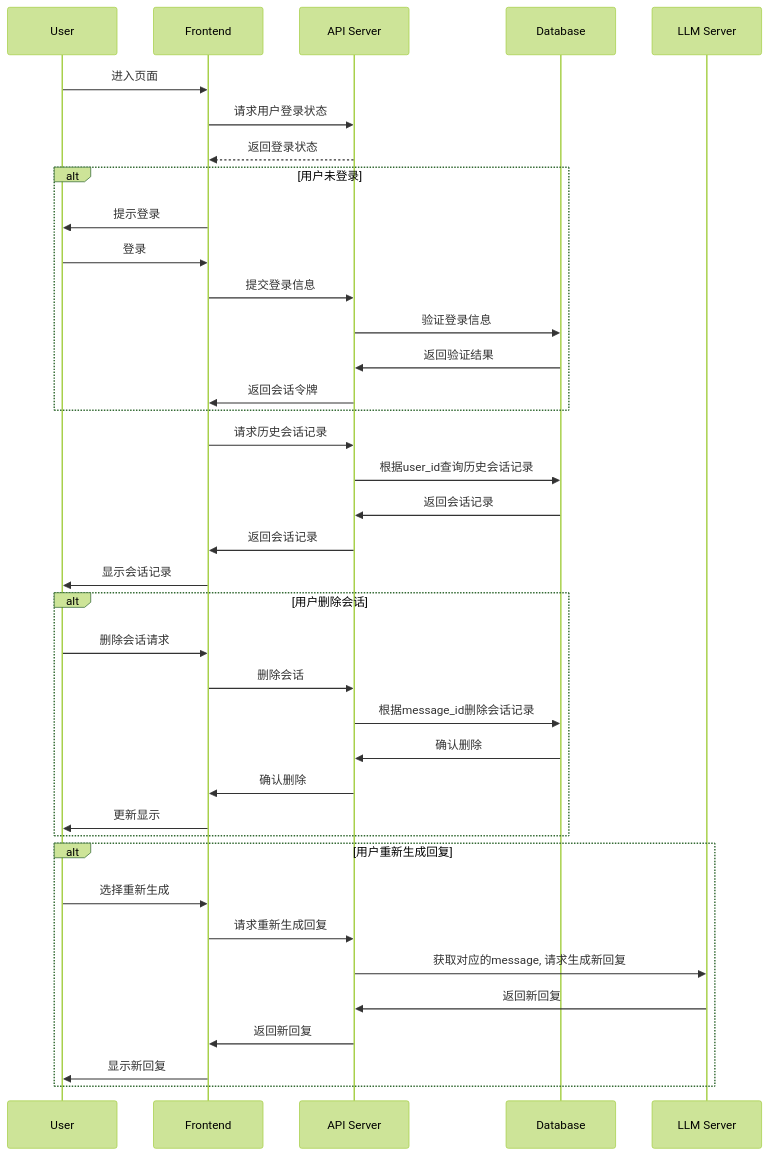
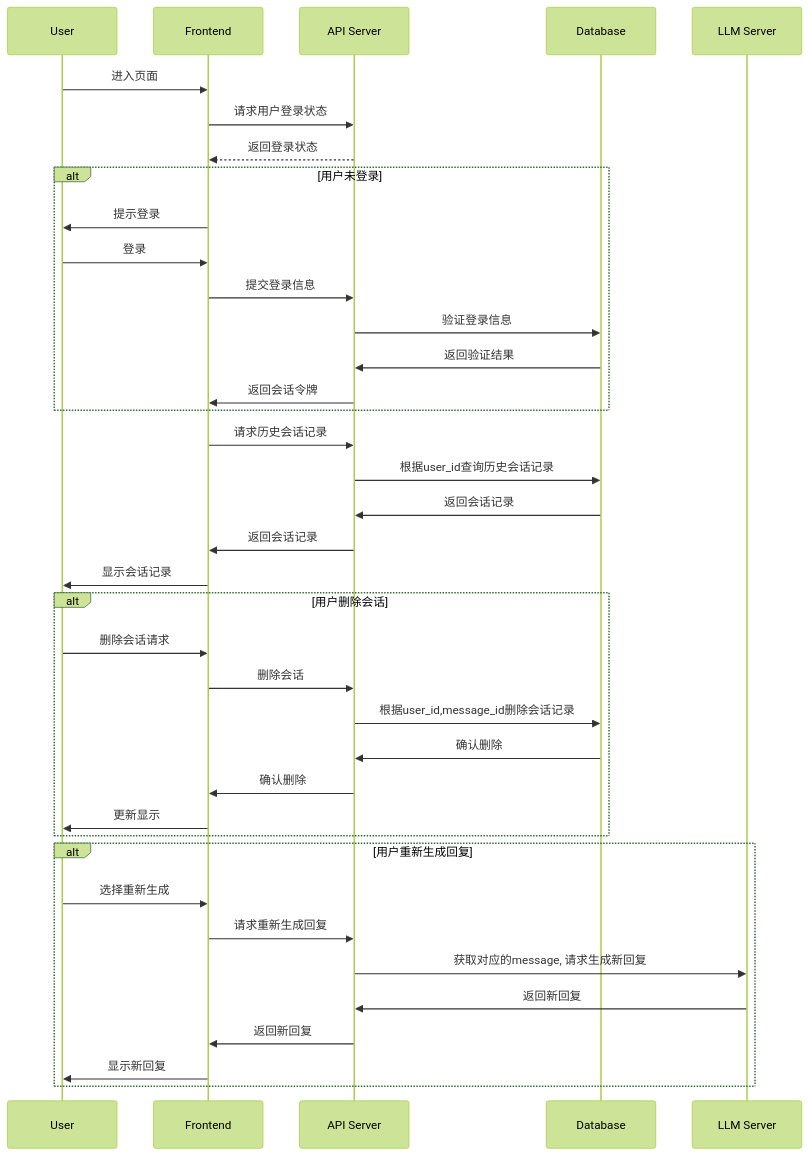
One commit to yingjianzh/iodraw-files changed the diagram in all/未命名-7.md. Above: the diagram before and after it, drawn with Mermaid (forest theme).

Commit message:
2024-10-09 09:46:03 update

````diff
--- a/all/未命名-7.md
+++ b/all/未命名-7.md
@@ -1,45 +1,45 @@
 ```mermaid
 sequenceDiagram
     participant User
     participant Frontend
     participant API Server
     participant Database
 
 
     User->>Frontend: 进入页面
     Frontend->>API Server: 请求用户登录状态
     API Server-->>Frontend: 返回登录状态
     alt 用户未登录
         Frontend->>User: 提示登录
         User->>Frontend: 登录
         Frontend->>API Server: 提交登录信息
         API Server->>Database: 验证登录信息
         Database->>API Server: 返回验证结果
         API Server->>Frontend: 返回会话令牌
     end
 
     Frontend->>API Server: 请求历史会话记录
     API Server->>Database: 根据user_id查询历史会话记录
     Database->>API Server: 返回会话记录
     API Server->>Frontend: 返回会话记录
     Frontend->>User: 显示会话记录
 
     alt 用户删除会话
         User->>Frontend: 删除会话请求
         Frontend->>API Server: 删除会话
-        API Server->>Database: 根据message_id删除会话记录
+        API Server->>Database: 根据user_id,message_id删除会话记录
         Database->>API Server: 确认删除
         API Server->>Frontend: 确认删除
         Frontend->>User: 更新显示
     end
 
     alt 用户重新生成回复
         User->>Frontend: 选择重新生成
         Frontend->>API Server: 请求重新生成回复
         API Server->>LLM Server: 获取对应的message, 请求生成新回复
         LLM Server->>API Server: 返回新回复
         API Server->>Frontend: 返回新回复
         Frontend->>User: 显示新回复
     end
 
 ```
````
